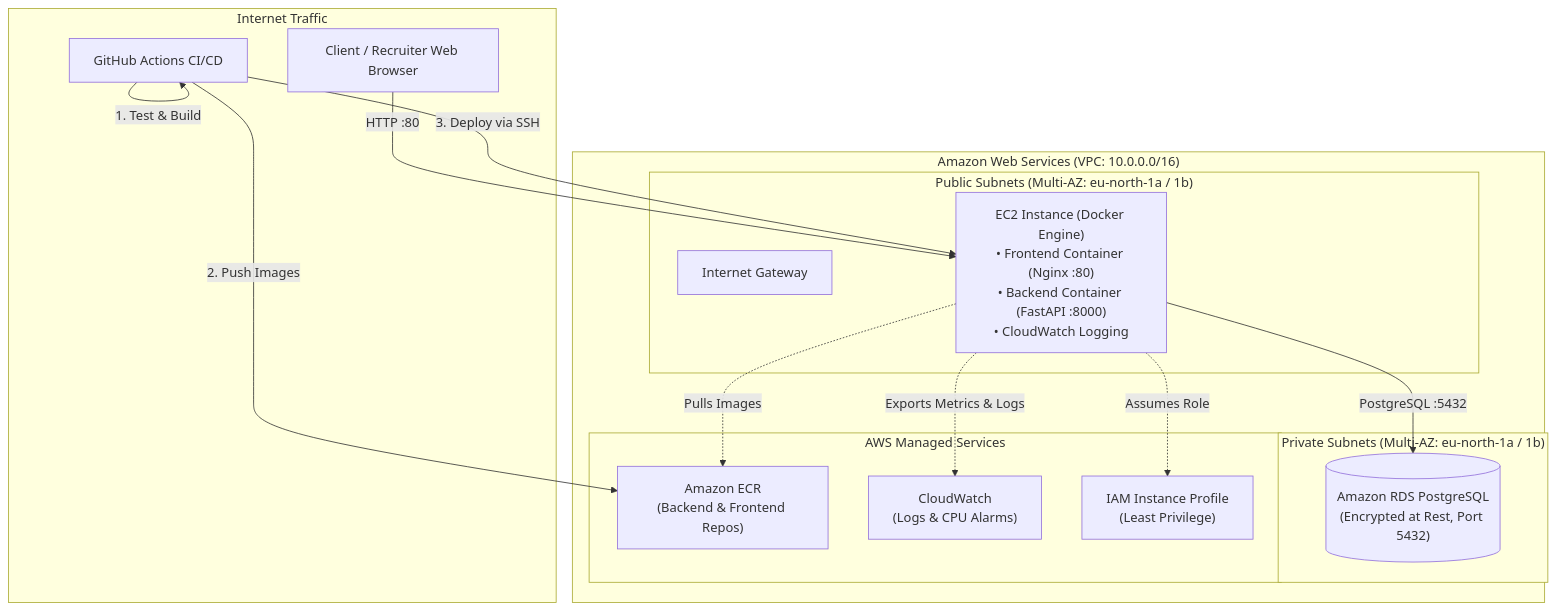
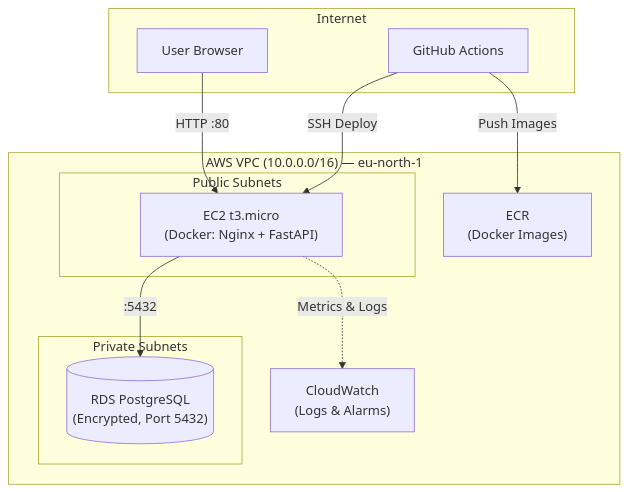
Before and after one commit to mohamed-abouseada121/assessment-pi: the diagram in README.md, drawn with Mermaid. The commit also changed other lines of this file, not shown here.

````diff
--- a/README.md
+++ b/README.md
@@ -16,34 +16,24 @@
 ```mermaid
 flowchart TD
-    subgraph Users ["Internet Traffic"]
-        Client["Client / Recruiter Web Browser"]
-        GH["GitHub Actions CI/CD"]
+    subgraph Internet
+        Browser["User Browser"]
+        GH["GitHub Actions"]
     end
 
-    subgraph AWS ["Amazon Web Services (VPC: 10.0.0.0/16)"]
-        subgraph PublicSubnets ["Public Subnets (Multi-AZ: eu-north-1a / 1b)"]
-            IGW["Internet Gateway"]
-            EC2["EC2 Instance (Docker Engine)\n• Frontend Container (Nginx :80)\n• Backend Container (FastAPI :8000)\n• CloudWatch Logging"]
+    subgraph AWS VPC ["AWS VPC (10.0.0.0/16) — eu-north-1"]
+        subgraph Public ["Public Subnets"]
+            EC2["EC2 t3.micro\n(Docker: Nginx + FastAPI)"]
         end
-
-        subgraph PrivateSubnets ["Private Subnets (Multi-AZ: eu-north-1a / 1b)"]
-            RDS[("Amazon RDS PostgreSQL\n(Encrypted at Rest, Port 5432)")]
+        subgraph Private ["Private Subnets"]
+            RDS[("RDS PostgreSQL\n(Encrypted, Port 5432)")]
         end
-
-        subgraph ManagedServices ["AWS Managed Services"]
-            ECR["Amazon ECR\n(Backend & Frontend Repos)"]
-            CW["CloudWatch\n(Logs & CPU Alarms)"]
-            IAM["IAM Instance Profile\n(Least Privilege)"]
-        end
+        ECR["ECR\n(Docker Images)"]
+        CW["CloudWatch\n(Logs & Alarms)"]
     end
 
-    Client -->|HTTP :80| EC2
-    EC2 -->|PostgreSQL :5432| RDS
-    EC2 -.->|Assumes Role| IAM
-    EC2 -.->|Pulls Images| ECR
-    EC2 -.->|Exports Metrics & Logs| CW
-
-    GH -->|1. Test & Build| GH
-    GH -->|2. Push Images| ECR
-    GH -->|3. Deploy via SSH| EC2
+    Browser -->|HTTP :80| EC2
+    EC2 -->|:5432| RDS
+    GH -->|Push Images| ECR
+    GH -->|SSH Deploy| EC2
+    EC2 -.->|Metrics & Logs| CW
 ```
````
